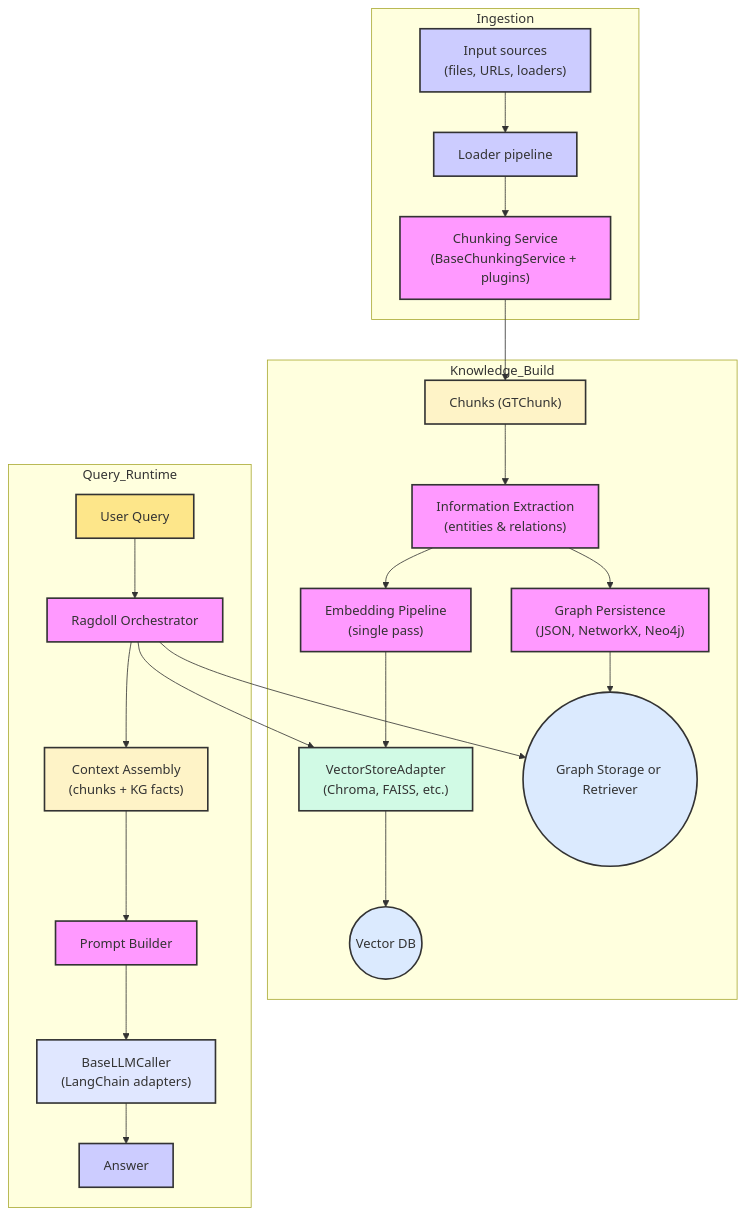
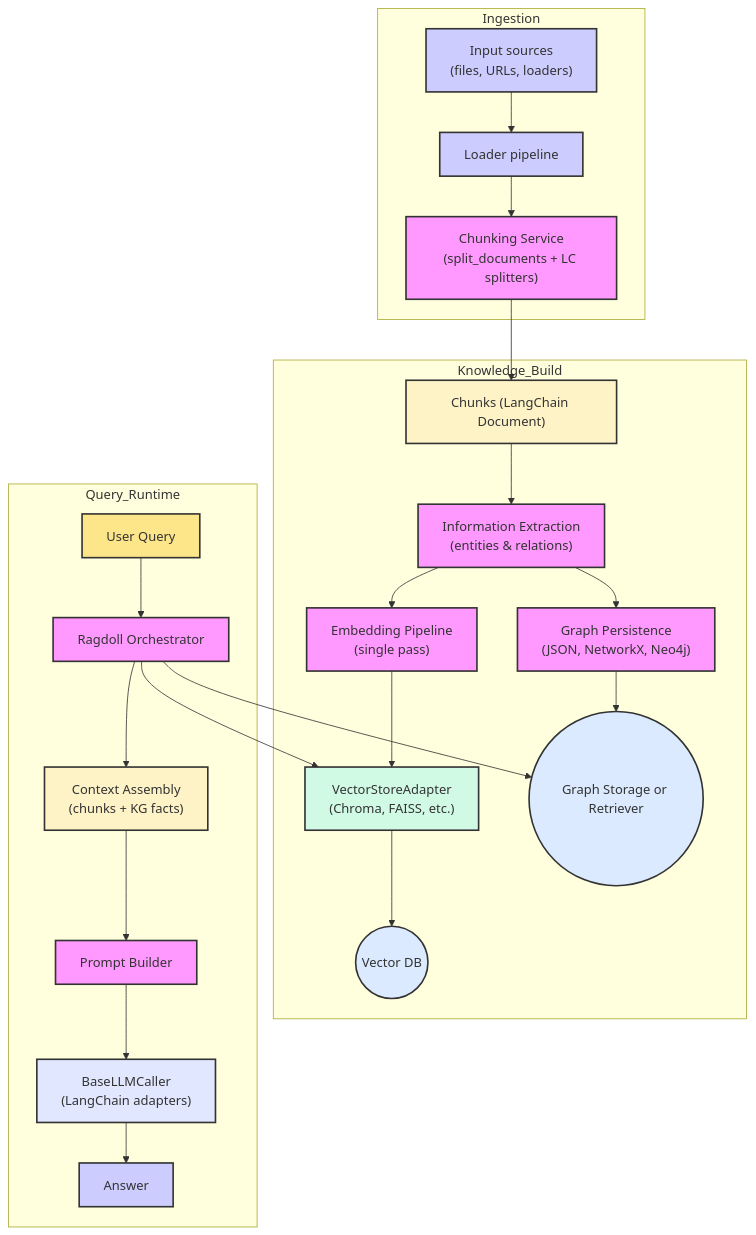
Before and after one commit to nsasto/RAGdoll: the diagram in docs/architecture.md, drawn with Mermaid. The commit also changed 3 other files, not shown here.

First line of the commit message:
docs: update architecture, caching, and graph store docs for LC integration

````diff
--- a/docs/architecture.md
+++ b/docs/architecture.md
@@ -5,47 +5,47 @@
 ```mermaid
 graph TD
     %% Ingestion + Chunking
     subgraph Ingestion
         A["Input sources<br/>(files, URLs, loaders)"] --> B["Loader pipeline"]
-        B --> C["Chunking Service<br/>(BaseChunkingService + plugins)"]
+        B --> C["Chunking Service<br/>(split_documents + LC splitters)"]
     end
-    C --> D["Chunks (GTChunk)"]
+    C --> D["Chunks (LangChain Document)"]
 
     %% Knowledge Construction
     subgraph Knowledge_Build
         D --> E["Information Extraction<br/>(entities & relations)"]
         E --> F["Graph Persistence<br/>(JSON, NetworkX, Neo4j)"]
         E --> G["Embedding Pipeline<br/>(single pass)"]
         G --> H["VectorStoreAdapter<br/>(Chroma, FAISS, etc.)"]
         F --> I(("Graph Storage or Retriever"))
         H --> J(("Vector DB"))
     end
 
     %% Query + Reasoning
     subgraph Query_Runtime
         Q["User Query"] --> R["Ragdoll Orchestrator"]
         R --> H
         R --> I
         R --> S["Context Assembly<br/>(chunks + KG facts)"]
         S --> T["Prompt Builder"]
         T --> U["BaseLLMCaller<br/>(LangChain adapters)"]
         U --> V["Answer"]
     end
 
     style A fill:#ccf,stroke:#333,stroke-width:2px
     style B fill:#ccf,stroke:#333,stroke-width:2px
     style C fill:#f9f,stroke:#333,stroke-width:2px
     style D fill:#fef3c7,stroke:#333,stroke-width:2px
     style E fill:#f9f,stroke:#333,stroke-width:2px
     style F fill:#f9f,stroke:#333,stroke-width:2px
     style G fill:#f9f,stroke:#333,stroke-width:2px
     style H fill:#d1fae5,stroke:#333,stroke-width:2px
     style I fill:#dbeafe,stroke:#333,stroke-width:2px
     style J fill:#dbeafe,stroke:#333,stroke-width:2px
     style Q fill:#fde68a,stroke:#333,stroke-width:2px
     style R fill:#f9f,stroke:#333,stroke-width:2px
     style S fill:#fef3c7,stroke:#333,stroke-width:2px
     style T fill:#f9f,stroke:#333,stroke-width:2px
     style U fill:#e0e7ff,stroke:#333,stroke-width:2px
     style V fill:#ccf,stroke:#333,stroke-width:2px
 ```
````
